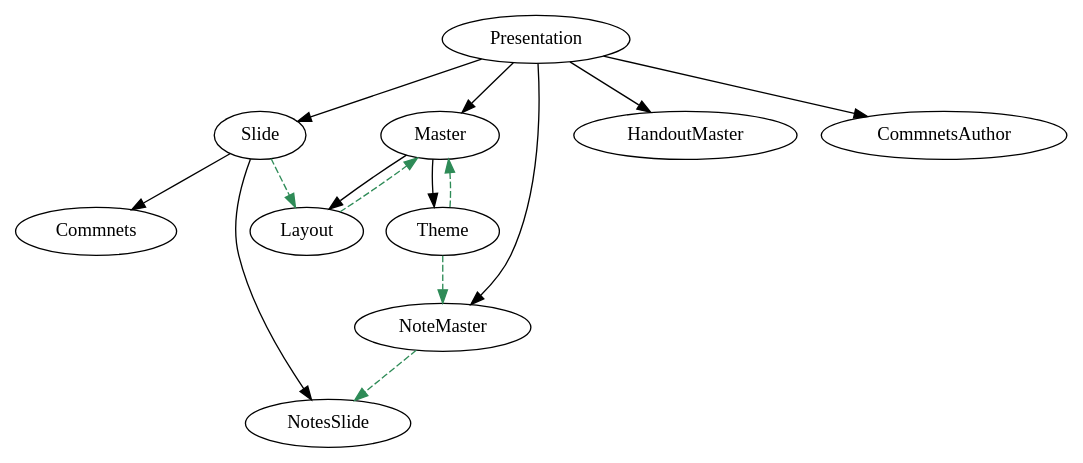
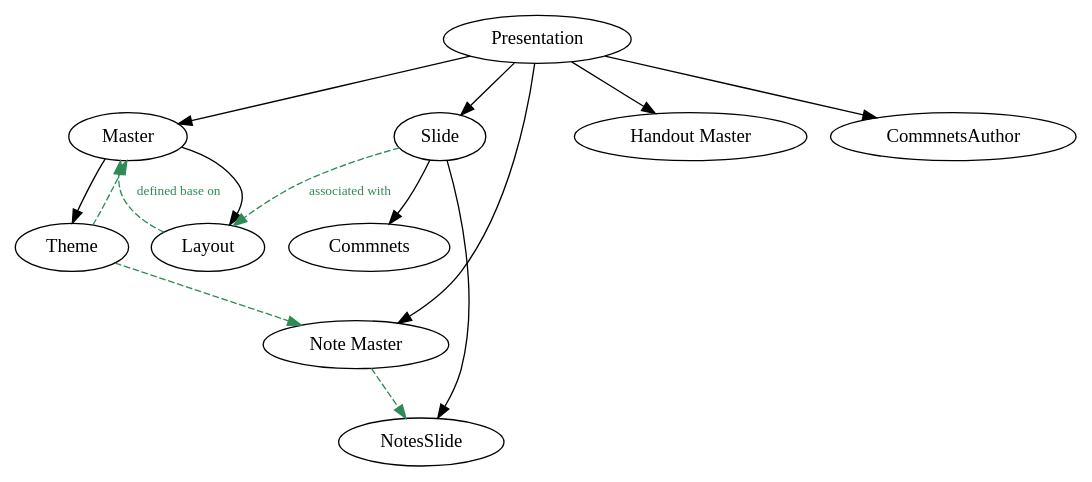
Before and after one commit to renmin/SimplestSlide: the diagram in relations-in-ppt.dot, drawn with Graphviz. The commit also changed 26 other files, not shown here.

```diff
--- a/relations-in-ppt.dot
+++ b/relations-in-ppt.dot
@@ -1,36 +1,34 @@
 digraph G {
 	node[];
 	Presentation
 
 	Master
 
 	Layout
 	Slide
 	Theme
 	NoteMaster [
-		lable= "Note Master"
+		label= "Note Master"
 	]
-	HandoutMaster [
-		lable= "Handout Master"
-	]
+	HandoutMaster [label="Handout Master"]
 	Commnets
 	CommnetsAuthor
 	edge[]
 	// Target of an Explicit Relation
 	Presentation -> Master
 	Master-> Layout
 	Presentation -> Slide
 	Presentation -> NoteMaster
 	Presentation -> HandoutMaster
 	Presentation -> CommnetsAuthor
 	Slide -> Commnets
 	Slide->NotesSlide
 	Master-> Theme
 
 	edge[fontsize=10, color=seagreen, fontcolor=seagreen, style=dashed]
 	// Implicit Relation
-	Layout -> Master[lable="defined base on"]
-	Slide->Layout [lable="associated with"]
+	Layout -> Master[label="defined base on"]
+	Slide->Layout [label="associated with"]
 	Theme -> {Master, NoteMaster}
 	NoteMaster->NotesSlide
 }
```
